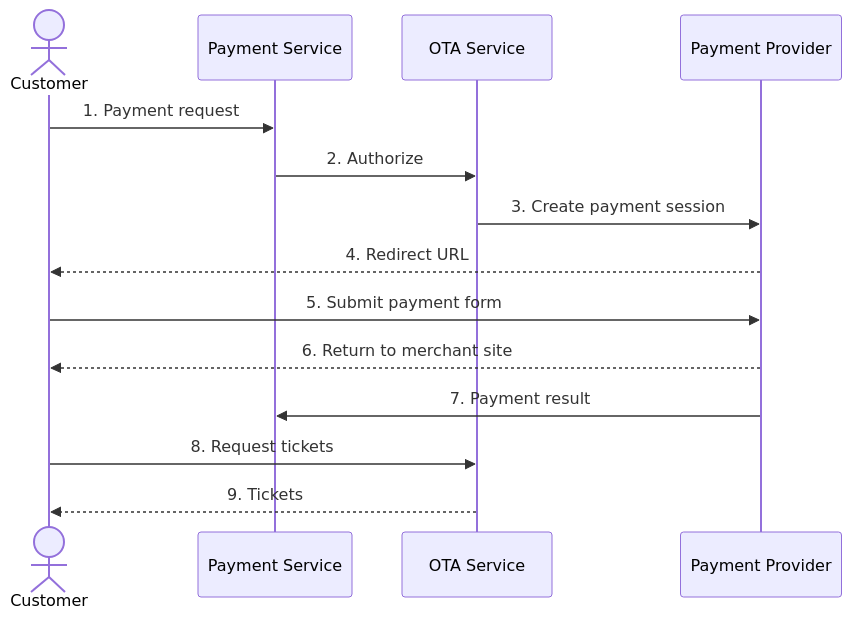
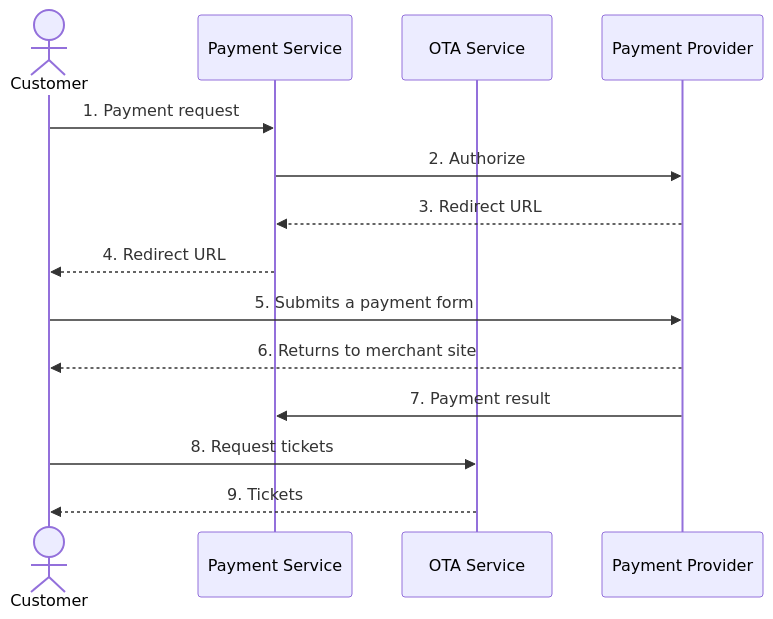
The diagram in ota/generic/payment-ticketing.md (GO7-WorldTicket/docs), drawn with Mermaid before and after one commit. The commit also changed other lines of this file and 3 other files, not shown here.

````diff
--- a/ota/generic/payment-ticketing.md
+++ b/ota/generic/payment-ticketing.md
@@ -365,17 +365,17 @@
 ```mermaid
 sequenceDiagram
     actor Customer
     participant PaymentService as Payment Service
     participant OTAService as OTA Service
     participant PaymentProvider as Payment Provider
 
     Customer->>PaymentService: 1. Payment request
-    PaymentService->>OTAService: 2. Authorize
-    OTAService->>PaymentProvider: 3. Create payment session
-    PaymentProvider-->>Customer: 4. Redirect URL
-    Customer->>PaymentProvider: 5. Submit payment form
-    PaymentProvider-->>Customer: 6. Return to merchant site
+    PaymentService->>PaymentProvider: 2. Authorize
+    PaymentProvider-->>PaymentService: 3. Redirect URL
+    PaymentService-->>Customer: 4. Redirect URL
+    Customer->>PaymentProvider: 5. Submits a payment form
+    PaymentProvider-->>Customer: 6. Returns to merchant site
     PaymentProvider->>PaymentService: 7. Payment result
     Customer->>OTAService: 8. Request tickets
     OTAService-->>Customer: 9. Tickets
 ```
````
